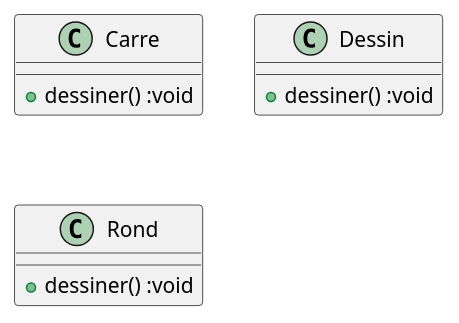
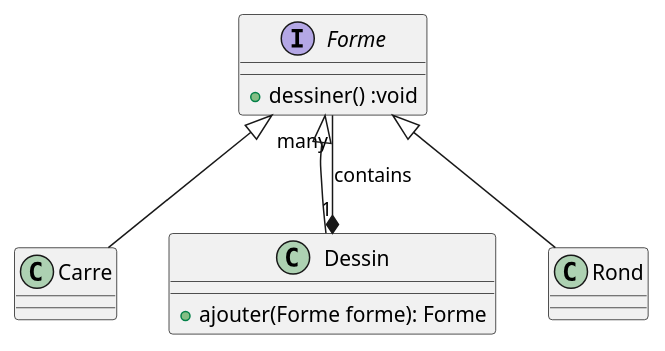
One commit to jandry/design-pattern changed the diagram in src/uml/composition.puml. Above: the diagram before and after it, drawn with PlantUML. The commit also changed 5 other files, not shown here.

```diff
--- a/src/uml/composition.puml
+++ b/src/uml/composition.puml
@@ -1,11 +1,16 @@
-@startuml
-class Carre {
-    + dessiner() :void
+@startuml interfaceAlias -- componentAlias : label <<stereotype>>
+interface Forme {
+     + dessiner() :void   
 }
+class Carre
 class Dessin {
-    + dessiner() :void
+    + ajouter(Forme forme): Forme
 }
-class Rond {
-    + dessiner() :void
-}
+class Rond
+
+Dessin "1" *-- "many" Forme : contains
+
+Forme <|-- Carre
+Forme <|-- Dessin
+Forme <|-- Rond
 @enduml
```
